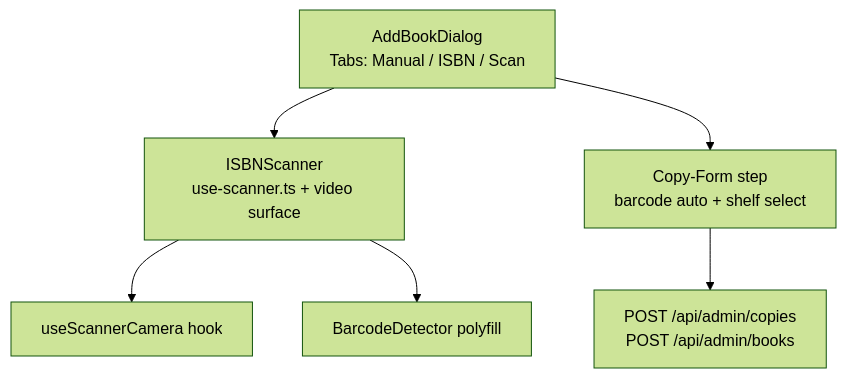
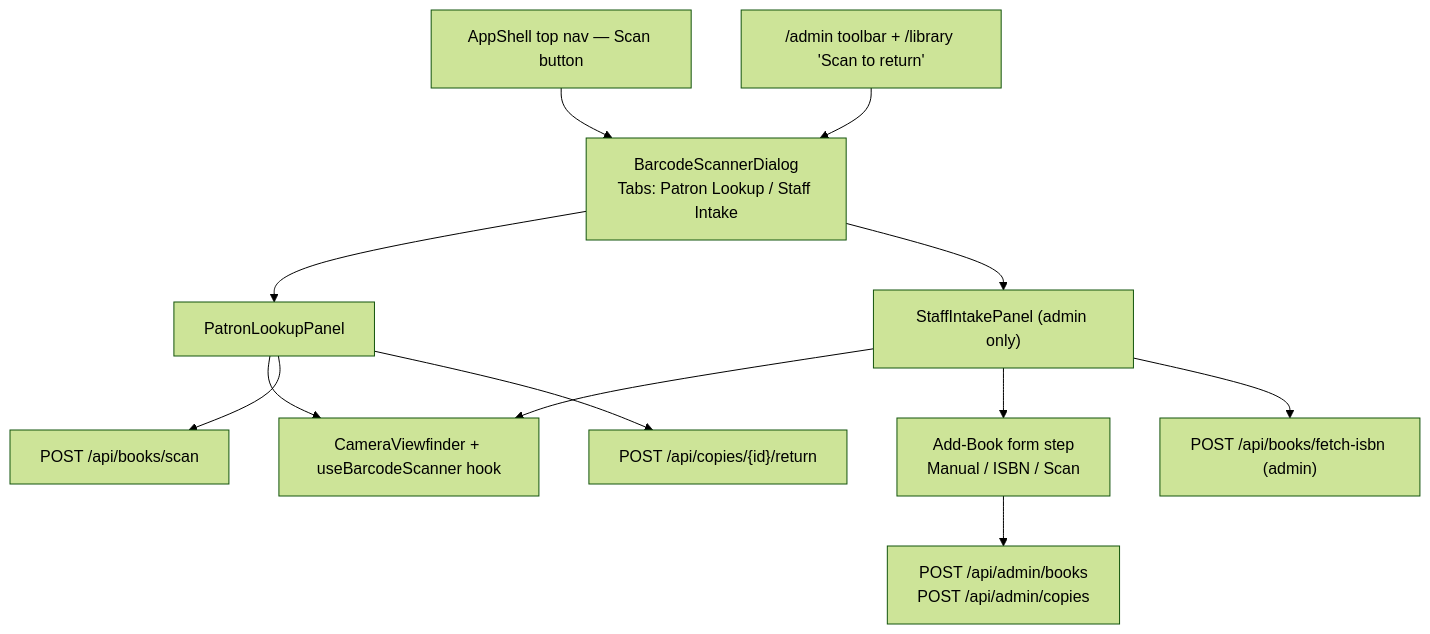
One commit to cattyman919/athenaeum changed the third of 3 diagrams in docs/11-barcode-scanning.md. Above: the diagram before and after it, drawn with Mermaid (forest theme). The commit also changed other lines of this file and 13 other files, not shown here.

Commit message:
docs: plan universal patron and staff barcode scanner

````diff
--- a/docs/11-barcode-scanning.md
+++ b/docs/11-barcode-scanning.md
@@ -133,8 +185,14 @@
 ```mermaid
 graph TD
-    ADD["AddBookDialog<br/>Tabs: Manual / ISBN / Scan"] --> SC["ISBNScanner<br/>use-scanner.ts + video surface"]
-    SC --> CO["useScannerCamera hook"]
-    SC --> D["BarcodeDetector polyfill"]
-    ADD --> FF["Copy-Form step<br/>barcode auto + shelf select"]
-    FF --> API["POST /api/admin/copies<br/>POST /api/admin/books"]
+    NAV["AppShell top nav — Scan button"] --> DLG["BarcodeScannerDialog<br/>Tabs: Patron Lookup / Staff Intake"]
+    ADMIN["/admin toolbar + /library 'Scan to return'"] --> DLG
+    DLG --> PL["PatronLookupPanel"]
+    DLG --> SI["StaffIntakePanel (admin only)"]
+    PL --> CAM["CameraViewfinder + useBarcodeScanner hook"]
+    SI --> CAM
+    SI --> FF["Add-Book form step<br/>Manual / ISBN / Scan"]
+    PL --> API1["POST /api/books/scan"]
+    PL --> API2["POST /api/copies/{id}/return"]
+    SI --> API3["POST /api/books/fetch-isbn (admin)"]
+    FF --> API4["POST /api/admin/books<br/>POST /api/admin/copies"]
 ```
````
